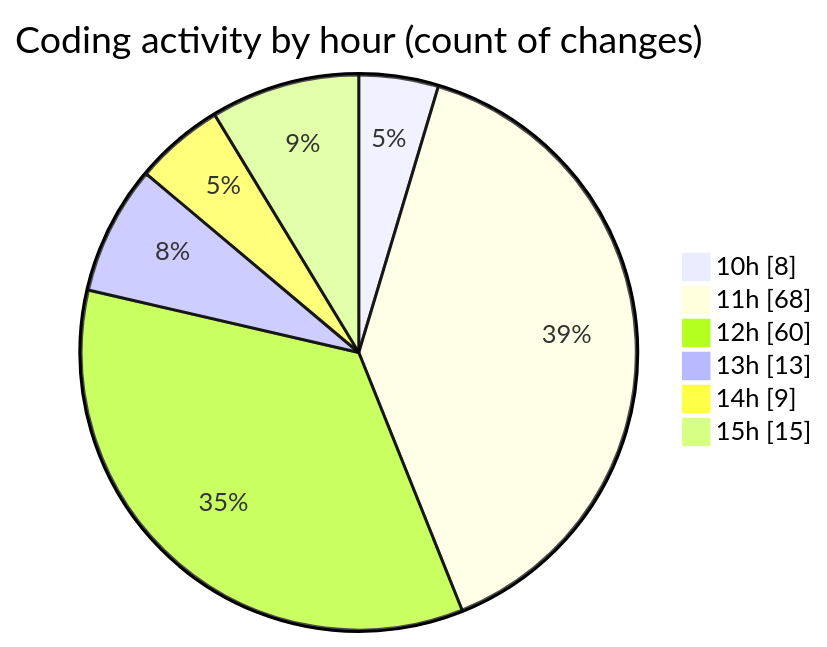
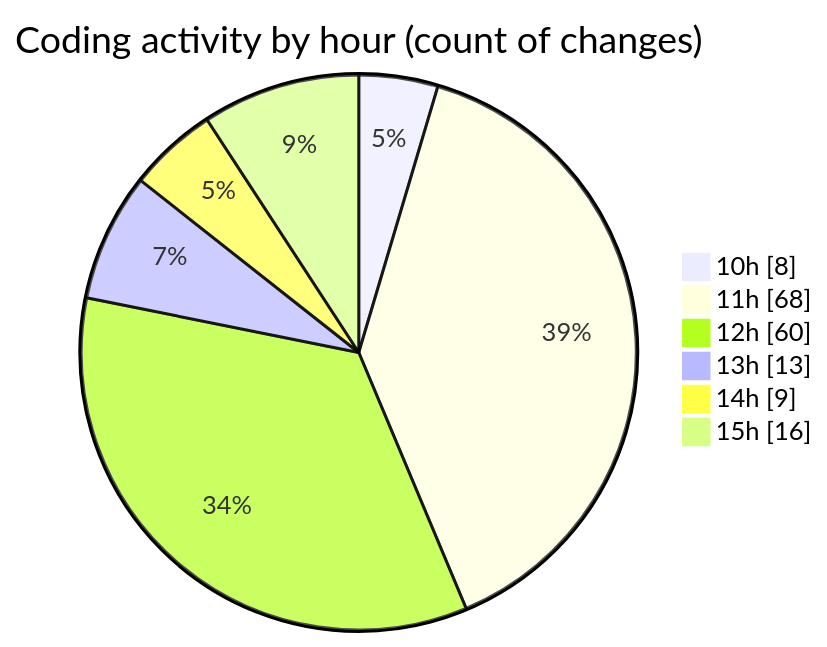
One commit to nxtqubesakshisongat/code-tracking changed the second of 2 diagrams in 2025-08-22/nxtqube_webapp/README.md. Above: the diagram before and after it, drawn with Mermaid. The commit also changed other lines of this file and 1 other file, not shown here.

````diff
--- a/2025-08-22/nxtqube_webapp/README.md
+++ b/2025-08-22/nxtqube_webapp/README.md
@@ -28,10 +28,10 @@
 ```mermaid
 pie showData
 title Coding activity by hour (count of changes)
 "10h" : 8
 "11h" : 68
 "12h" : 60
 "13h" : 13
 "14h" : 9
-"15h" : 15
+"15h" : 16
 ```
````
